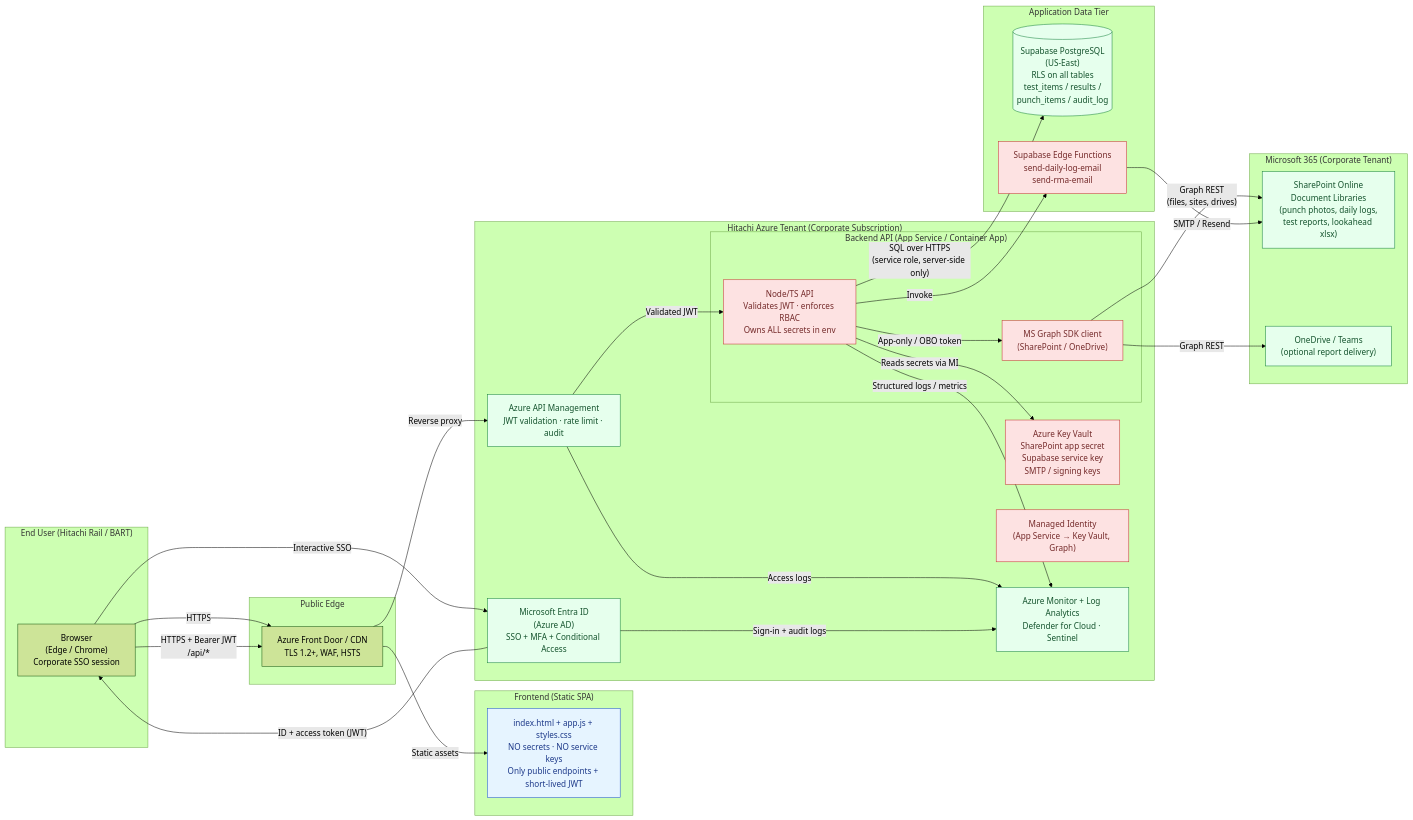
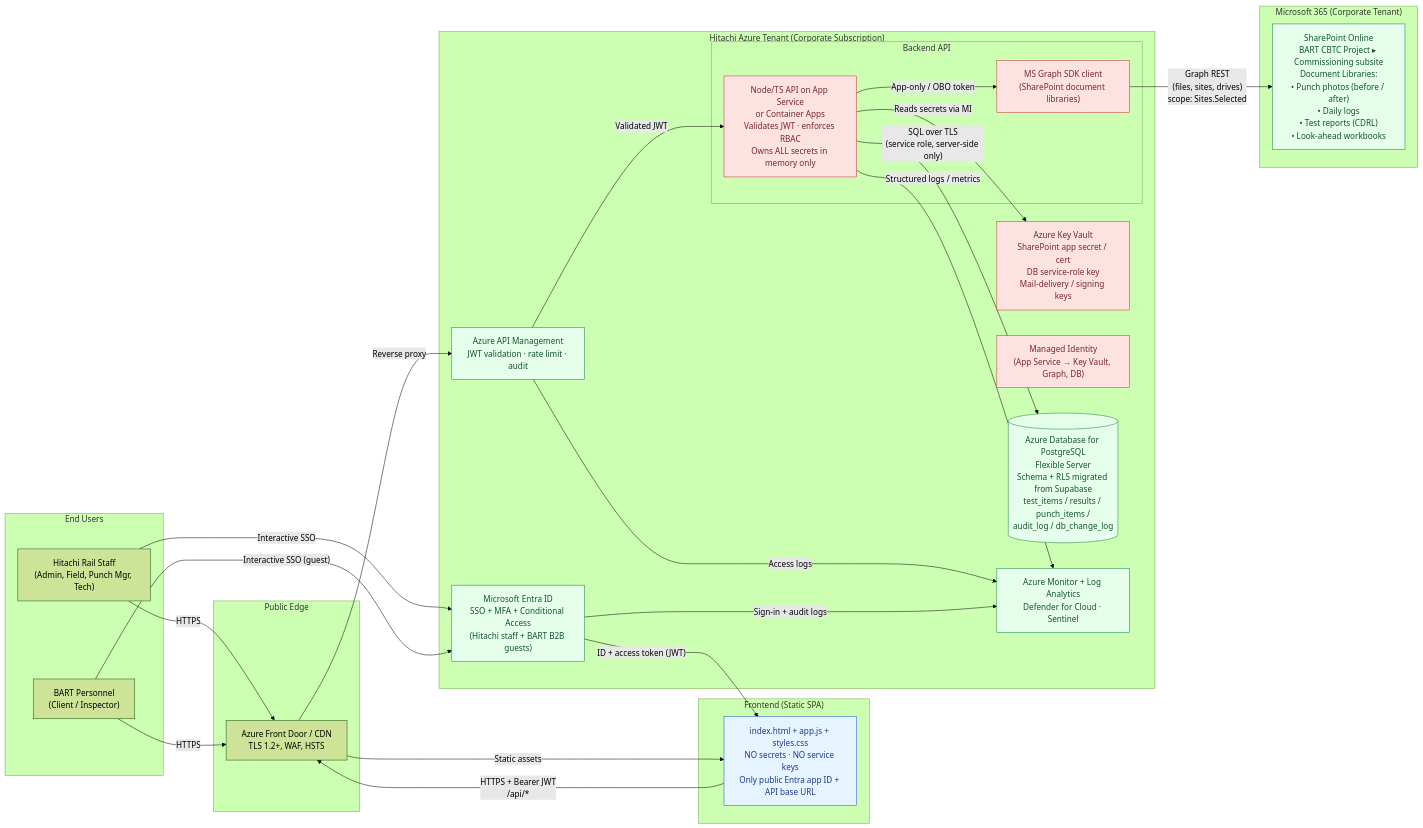
The diagram in docs/sharepoint-integration/architecture-diagram.mmd (khouryai/cx-portal), drawn with Mermaid (forest theme) before and after one commit. The commit also changed 2 other files, not shown here.

Commit message:
docs(sharepoint): fold in IT direction — Commissioning subsite, Azure DB target, BART+Hitachi access
Updated the IT ticket intro to a more open-ended, business-formal tone
that frames the request as a conversation starter rather than a fixed
proposal. Architecture analysis and target diagram now reflect the
agreed direction: target the Commissioning subsite under BART CBTC
Project, plan to migrate from Supabase to Azure Database for PostgreSQL
(treating Supabase strictly as the demo tier), and support both
Hitachi staff and BART personnel via Entra. Added an interim plan for
photo upload (storage-agnostic adapter, swap to Graph at cutover).

```diff
--- a/docs/sharepoint-integration/architecture-diagram.mmd
+++ b/docs/sharepoint-integration/architecture-diagram.mmd
@@ -1,67 +1,64 @@
 %% CX Portal — Target Architecture for SharePoint Integration (Azure)
+%% Starting point for discussion with IT — open to platform-team preferences.
 %% Render at https://mermaid.live or with the Mermaid CLI.
 
 flowchart LR
-    subgraph User["End User (Hitachi Rail / BART)"]
-        Browser["Browser<br/>(Edge / Chrome)<br/>Corporate SSO session"]
+    subgraph Users["End Users"]
+        Hitachi["Hitachi Rail Staff<br/>(Admin, Field, Punch Mgr, Tech)"]
+        BART["BART Personnel<br/>(Client / Inspector)"]
     end
 
     subgraph Edge["Public Edge"]
         CDN["Azure Front Door / CDN<br/>TLS 1.2+, WAF, HSTS"]
     end
 
     subgraph FE["Frontend (Static SPA)"]
-        SPA["index.html + app.js + styles.css<br/>NO secrets · NO service keys<br/>Only public endpoints + short-lived JWT"]
+        SPA["index.html + app.js + styles.css<br/>NO secrets · NO service keys<br/>Only public Entra app ID + API base URL"]
     end
 
     subgraph AzureTenant["Hitachi Azure Tenant (Corporate Subscription)"]
-        AAD["Microsoft Entra ID<br/>(Azure AD)<br/>SSO + MFA + Conditional Access"]
+        AAD["Microsoft Entra ID<br/>SSO + MFA + Conditional Access<br/>(Hitachi staff + BART B2B guests)"]
         APIM["Azure API Management<br/>JWT validation · rate limit · audit"]
-        subgraph BackendApp["Backend API (App Service / Container App)"]
-            API["Node/TS API<br/>Validates JWT · enforces RBAC<br/>Owns ALL secrets in env"]
-            Graph["MS Graph SDK client<br/>(SharePoint / OneDrive)"]
+        subgraph BackendApp["Backend API"]
+            API["Node/TS API on App Service<br/>or Container Apps<br/>Validates JWT · enforces RBAC<br/>Owns ALL secrets in memory only"]
+            Graph["MS Graph SDK client<br/>(SharePoint document libraries)"]
         end
-        KV["Azure Key Vault<br/>SharePoint app secret<br/>Supabase service key<br/>SMTP / signing keys"]
-        MI["Managed Identity<br/>(App Service → Key Vault, Graph)"]
+        KV["Azure Key Vault<br/>SharePoint app secret / cert<br/>DB service-role key<br/>Mail-delivery / signing keys"]
+        MI["Managed Identity<br/>(App Service → Key Vault, Graph, DB)"]
+        AzPG[("Azure Database for PostgreSQL<br/>Flexible Server<br/>Schema + RLS migrated from Supabase<br/>test_items / results / punch_items /<br/>audit_log / db_change_log")]
         LOG["Azure Monitor + Log Analytics<br/>Defender for Cloud · Sentinel"]
     end
 
     subgraph M365["Microsoft 365 (Corporate Tenant)"]
-        SP["SharePoint Online<br/>Document Libraries<br/>(punch photos, daily logs,<br/>test reports, lookahead xlsx)"]
-        OneDrive["OneDrive / Teams<br/>(optional report delivery)"]
+        SP["SharePoint Online<br/>BART CBTC Project ▸ Commissioning subsite<br/>Document Libraries:<br/>• Punch photos (before / after)<br/>• Daily logs<br/>• Test reports (CDRL)<br/>• Look-ahead workbooks"]
     end
 
-    subgraph Data["Application Data Tier"]
-        Supabase[("Supabase PostgreSQL<br/>(US-East)<br/>RLS on all tables<br/>test_items / results /<br/>punch_items / audit_log")]
-        Edge_Fn["Supabase Edge Functions<br/>send-daily-log-email<br/>send-rma-email"]
-    end
+    Hitachi -- "HTTPS" --> CDN
+    BART -- "HTTPS" --> CDN
+    CDN -- "Static assets" --> SPA
 
-    Browser -- "HTTPS" --> CDN
-    CDN -- "Static assets" --> SPA
-    Browser -- "Interactive SSO" --> AAD
-    AAD -- "ID + access token (JWT)" --> Browser
+    Hitachi -- "Interactive SSO" --> AAD
+    BART -- "Interactive SSO (guest)" --> AAD
+    AAD -- "ID + access token (JWT)" --> SPA
 
-    Browser -- "HTTPS + Bearer JWT<br/>/api/*" --> CDN
+    SPA -- "HTTPS + Bearer JWT<br/>/api/*" --> CDN
     CDN -- "Reverse proxy" --> APIM
     APIM -- "Validated JWT" --> API
 
     API -- "Reads secrets via MI" --> KV
     API -- "App-only / OBO token" --> Graph
-    Graph -- "Graph REST<br/>(files, sites, drives)" --> SP
-    Graph -- "Graph REST" --> OneDrive
+    Graph -- "Graph REST<br/>(files, sites, drives)<br/>scope: Sites.Selected" --> SP
 
-    API -- "SQL over HTTPS<br/>(service role, server-side only)" --> Supabase
-    API -- "Invoke" --> Edge_Fn
-    Edge_Fn -- "SMTP / Resend" --> SP
+    API -- "SQL over TLS<br/>(service role, server-side only)" --> AzPG
 
     API -- "Structured logs / metrics" --> LOG
     APIM -- "Access logs" --> LOG
     AAD -- "Sign-in + audit logs" --> LOG
 
     classDef secret fill:#fde2e2,stroke:#c53030,stroke-width:1px,color:#742a2a;
     classDef public fill:#e6f4ff,stroke:#1d4ed8,stroke-width:1px,color:#1e3a8a;
     classDef trusted fill:#e6ffed,stroke:#15803d,stroke-width:1px,color:#14532d;
 
     class SPA public;
-    class KV,MI,API,Graph,Edge_Fn secret;
-    class AAD,APIM,SP,OneDrive,Supabase,LOG trusted;
+    class KV,MI,API,Graph secret;
+    class AAD,APIM,SP,AzPG,LOG trusted;
```
